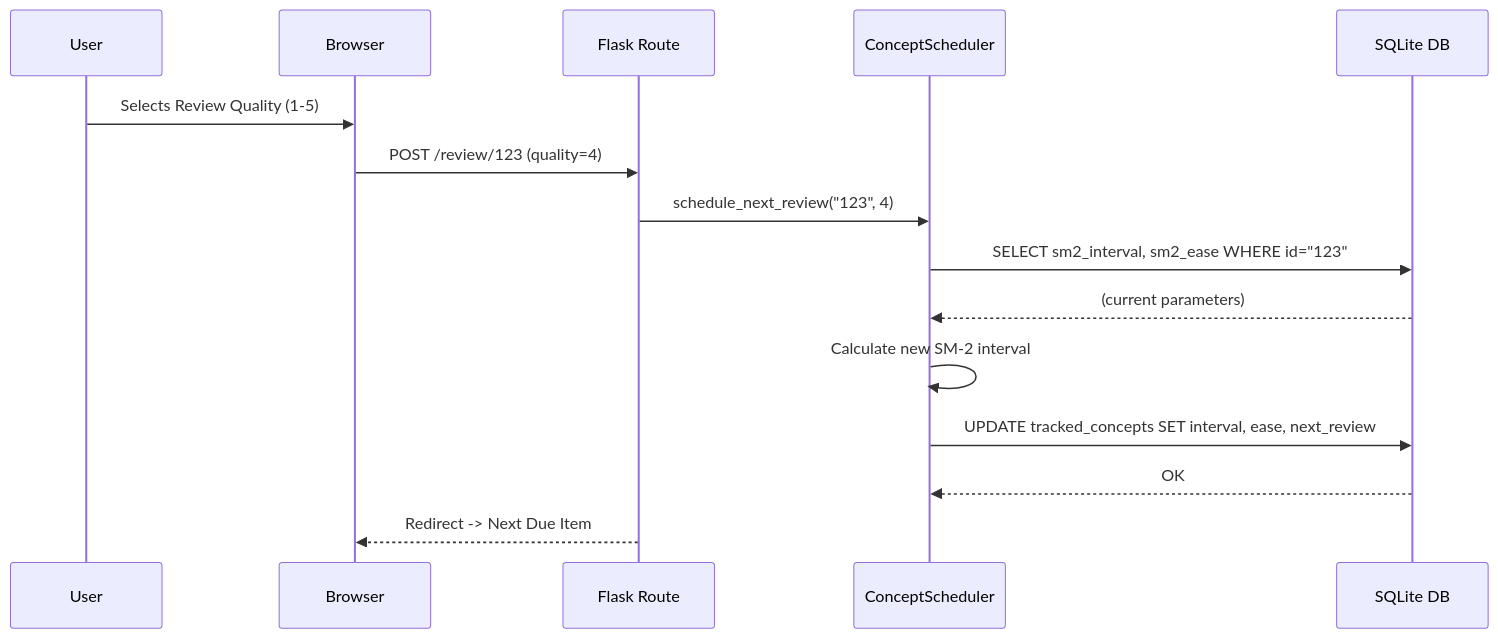
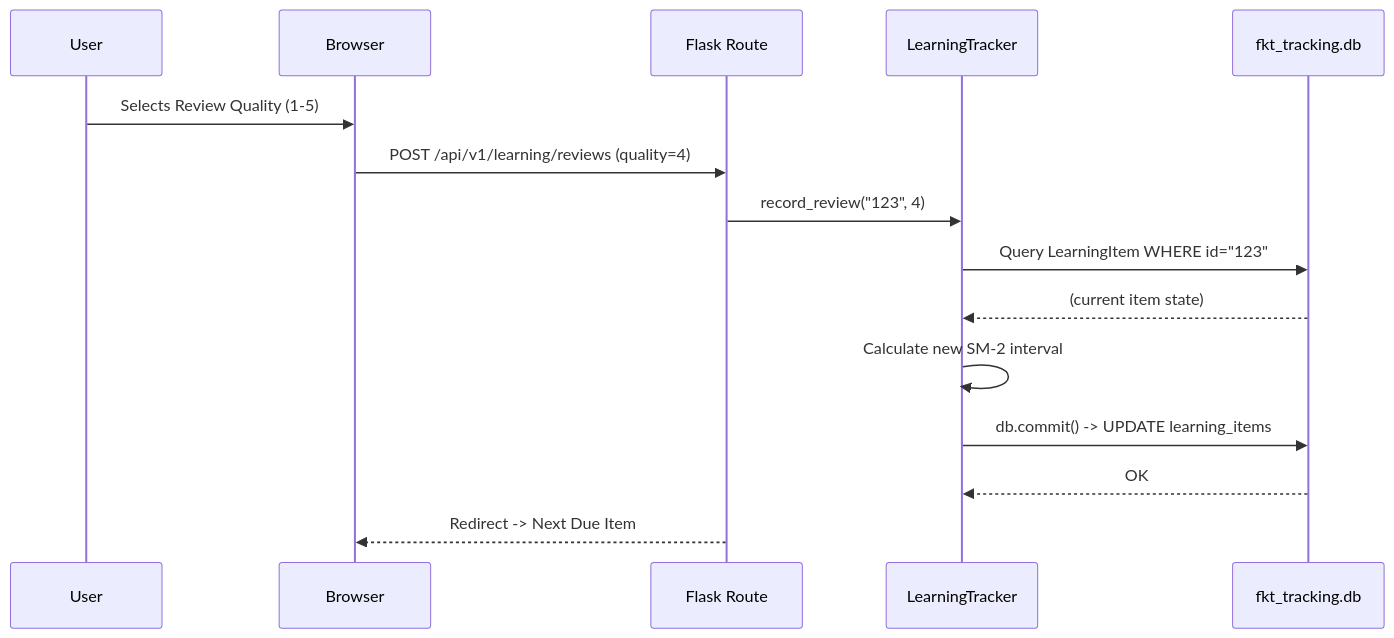
The second of 2 diagrams in architecture/low_level/sequence_diagrams.md (AyushDevadiga1/Forgotten-Knowledge-Tracker), drawn with Mermaid before and after one commit. The commit also changed other lines of this file and 8 other files, not shown here.

Commit message:
docs(architecture): modernize deprecated ADRs and design specs for FKT 2.0 Phase 9

````diff
--- a/architecture/low_level/sequence_diagrams.md
+++ b/architecture/low_level/sequence_diagrams.md
@@ -29,22 +29,22 @@
 ```mermaid
 sequenceDiagram
     participant User
     participant Browser
     participant Flask Route
-    participant ConceptScheduler
-    participant DB as SQLite DB
+    participant LearningTracker
+    participant DB as fkt_tracking.db
 
     User->>Browser: Selects Review Quality (1-5)
-    Browser->>Flask Route: POST /review/123 (quality=4)
-    Flask Route->>ConceptScheduler: schedule_next_review("123", 4)
+    Browser->>Flask Route: POST /api/v1/learning/reviews (quality=4)
+    Flask Route->>LearningTracker: record_review("123", 4)
     
-    ConceptScheduler->>DB: SELECT sm2_interval, sm2_ease WHERE id="123"
-    DB-->>ConceptScheduler: (current parameters)
+    LearningTracker->>DB: Query LearningItem WHERE id="123"
+    DB-->>LearningTracker: (current item state)
     
-    ConceptScheduler->>ConceptScheduler: Calculate new SM-2 interval
+    LearningTracker->>LearningTracker: Calculate new SM-2 interval
     
-    ConceptScheduler->>DB: UPDATE tracked_concepts SET interval, ease, next_review
-    DB-->>ConceptScheduler: OK
+    LearningTracker->>DB: db.commit() -> UPDATE learning_items
+    DB-->>LearningTracker: OK
     
     Flask Route-->>Browser: Redirect -> Next Due Item
 ```
````
